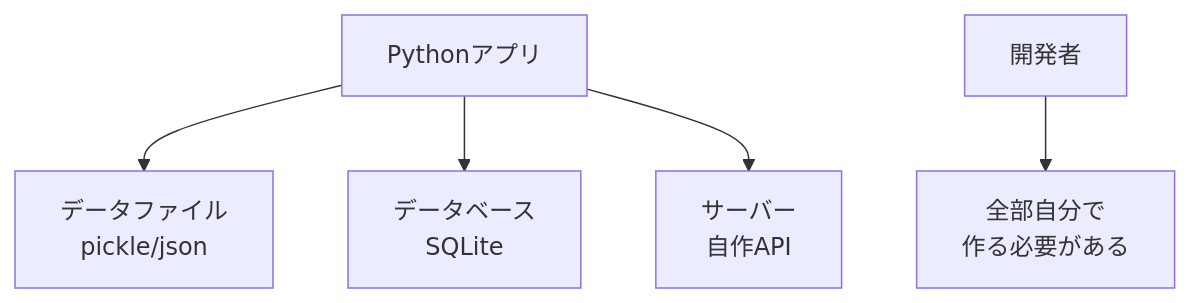
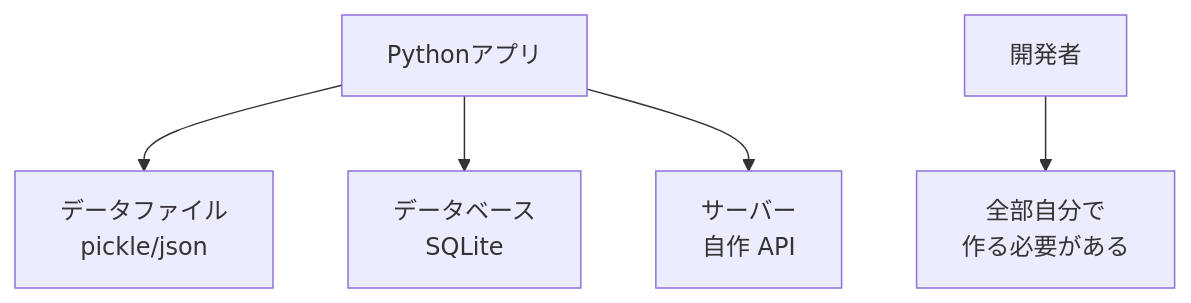
One commit to itdojp/supabase-architecture-patterns-book changed the first of 4 diagrams in docs/chapters/chapter03/index.md. Above: the diagram before and after it, drawn with Mermaid. The commit also changed other lines of this file and 31 other files, not shown here.

````diff
--- a/docs/chapters/chapter03/index.md
+++ b/docs/chapters/chapter03/index.md
@@ -55,8 +55,8 @@
 ```mermaid
 flowchart TD
     A[Pythonアプリ] --> B[データファイル<br/>pickle/json]
     A --> C[データベース<br/>SQLite]
-    A --> D[サーバー<br/>自作API]
-    
+    A --> D[サーバー<br/>自作 API]
+
     E[開発者] --> F[全部自分で<br/>作る必要がある]
 ```
````
